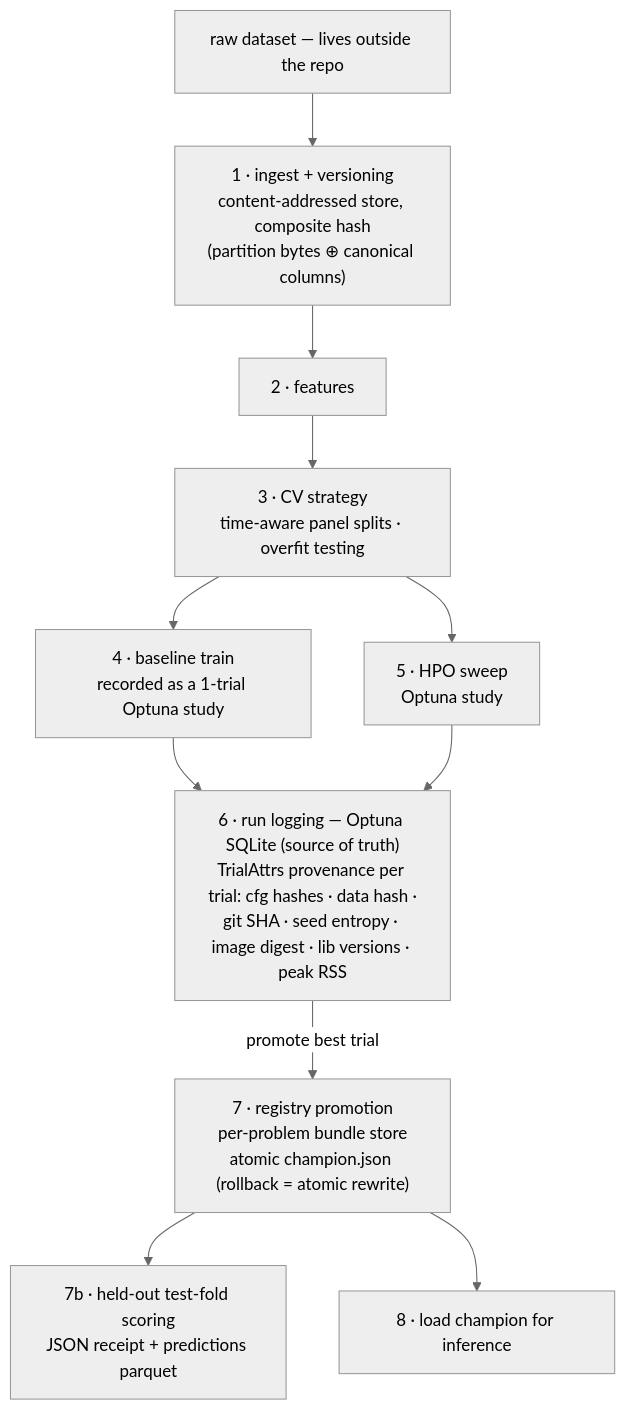
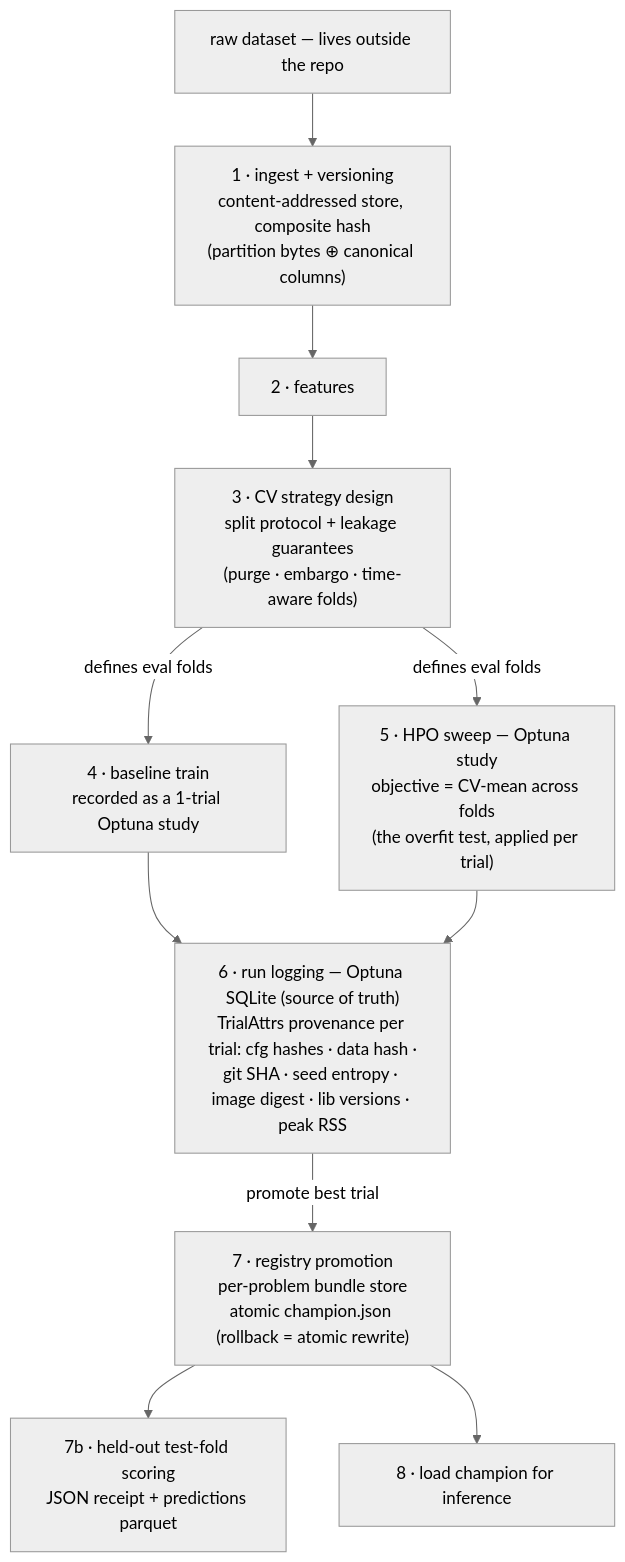
One commit to rux-eth/rux-ml changed the diagram in README.md. Above: the diagram before and after it, drawn with Mermaid (neutral theme).

Commit message:
README diagram: clarify CV stage is split *design*; the overfit test runs per-trial
Stage 3's parenthetical read as if overfit testing happens pre-training;
label the node as split-protocol design and mark the HPO objective as
where the CV-mean overfit check actually executes.

````diff
--- a/README.md
+++ b/README.md
@@ -222,22 +222,22 @@
 ```mermaid
 flowchart TB
     RAW["raw dataset — lives outside the repo"]
     CAS["1 · ingest + versioning<br/>content-addressed store, composite hash<br/>(partition bytes ⊕ canonical columns)"]
     FEAT["2 · features"]
-    CV["3 · CV strategy<br/>time-aware panel splits · overfit testing"]
+    CV["3 · CV strategy design<br/>split protocol + leakage guarantees<br/>(purge · embargo · time-aware folds)"]
     TRAIN["4 · baseline train<br/>recorded as a 1-trial Optuna study"]
-    TUNE["5 · HPO sweep<br/>Optuna study"]
+    TUNE["5 · HPO sweep — Optuna study<br/>objective = CV-mean across folds<br/>(the overfit test, applied per trial)"]
     LOG["6 · run logging — Optuna SQLite (source of truth)<br/>TrialAttrs provenance per trial: cfg hashes · data hash ·<br/>git SHA · seed entropy · image digest · lib versions · peak RSS"]
     REG["7 · registry promotion<br/>per-problem bundle store<br/>atomic champion.json (rollback = atomic rewrite)"]
     SCORE["7b · held-out test-fold scoring<br/>JSON receipt + predictions parquet"]
     LOAD["8 · load champion for inference"]
 
     RAW --> CAS --> FEAT --> CV
-    CV --> TRAIN
-    CV --> TUNE
+    CV -->|"defines eval folds"| TRAIN
+    CV -->|"defines eval folds"| TUNE
     TRAIN --> LOG
     TUNE --> LOG
     LOG -->|"promote best trial"| REG
     REG --> SCORE
     REG --> LOAD
 ```
````
